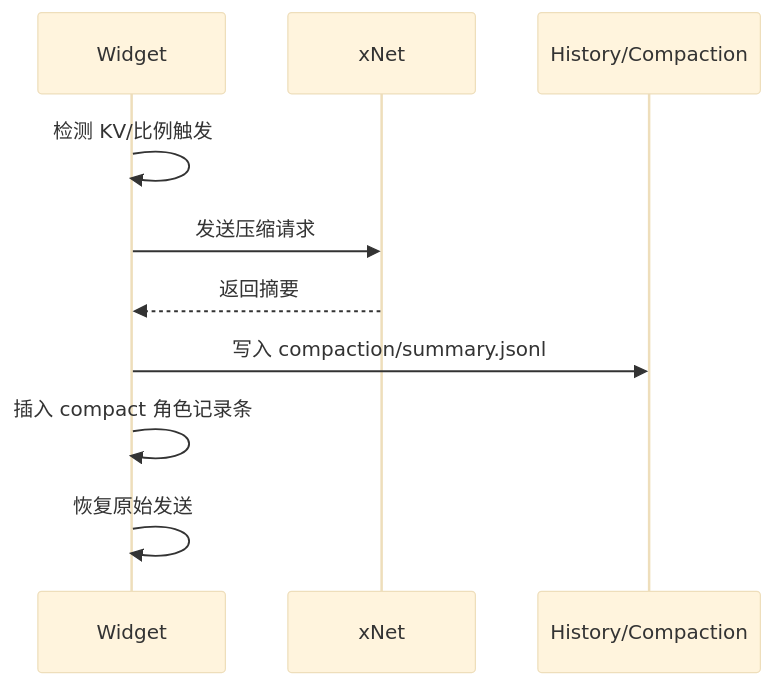
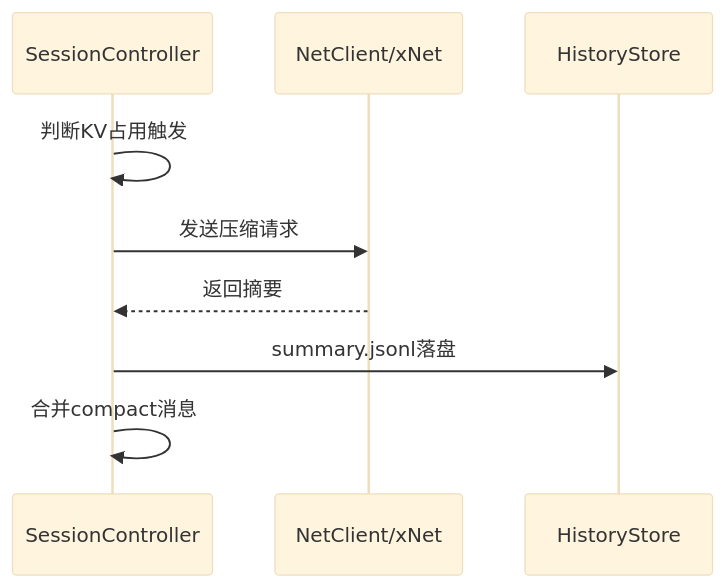
The fourth of 7 diagrams in docs/机体架构设计.md (ylsdamxssjxxdd/eva), drawn with Mermaid (base theme) before and after one commit. The commit also changed other lines of this file and 6 other files, not shown here.

````diff
--- a/docs/机体架构设计.md
+++ b/docs/机体架构设计.md
@@ -187,12 +82,12 @@
 ```mermaid
 sequenceDiagram
-  participant W as Widget
-  participant N as xNet
-  participant H as History/Compaction
-  W->>W: 检测 KV/比例触发
-  W->>N: 发送压缩请求
-  N-->>W: 返回摘要
-  W->>H: 写入 compaction/summary.jsonl
-  W->>W: 插入 compact 角色记录条
-  W->>W: 恢复原始发送
+  participant S as SessionController
+  participant N as NetClient/xNet
+  participant H as HistoryStore
+
+  S->>S: 判断KV占用触发
+  S->>N: 发送压缩请求
+  N-->>S: 返回摘要
+  S->>H: summary.jsonl落盘
+  S->>S: 合并compact消息
 ```
````
